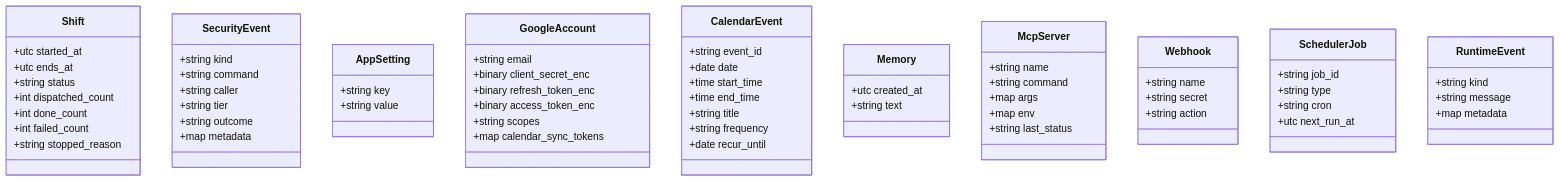
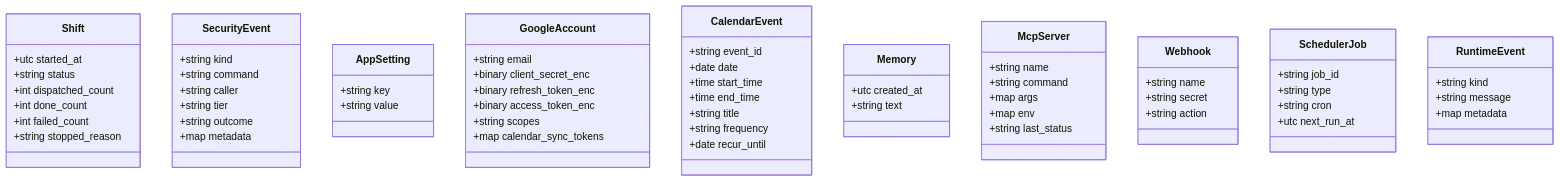
One commit to hightowerbuilds/buster-claw changed the fourth of 8 diagrams in docs/UML.md. Above: the diagram before and after it, drawn with Mermaid. The commit also changed other lines of this file and 20 other files, not shown here.

````diff
--- a/docs/UML.md
+++ b/docs/UML.md
@@ -196,68 +196,67 @@
 ```mermaid
 classDiagram
     class Shift {
         +utc started_at
-        +utc ends_at
         +string status
         +int dispatched_count
         +int done_count
         +int failed_count
         +string stopped_reason
     }
     class SecurityEvent {
         +string kind
         +string command
         +string caller
         +string tier
         +string outcome
         +map metadata
     }
     class AppSetting {
         +string key
         +string value
     }
     class GoogleAccount {
         +string email
         +binary client_secret_enc
         +binary refresh_token_enc
         +binary access_token_enc
         +string scopes
         +map calendar_sync_tokens
     }
     class CalendarEvent {
         +string event_id
         +date date
         +time start_time
         +time end_time
         +string title
         +string frequency
         +date recur_until
     }
     class Memory {
         +utc created_at
         +string text
     }
     class McpServer {
         +string name
         +string command
         +map args
         +map env
         +string last_status
     }
     class Webhook {
         +string name
         +string secret
         +string action
     }
     class SchedulerJob {
         +string job_id
         +string type
         +string cron
         +utc next_run_at
     }
     class RuntimeEvent {
         +string kind
         +string message
         +map metadata
     }
 ```
````
